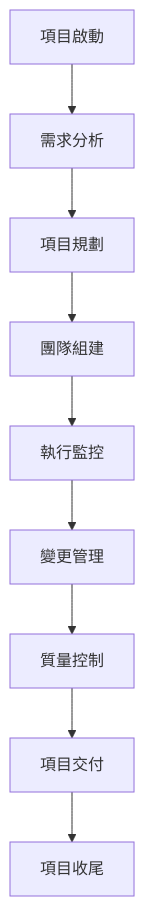
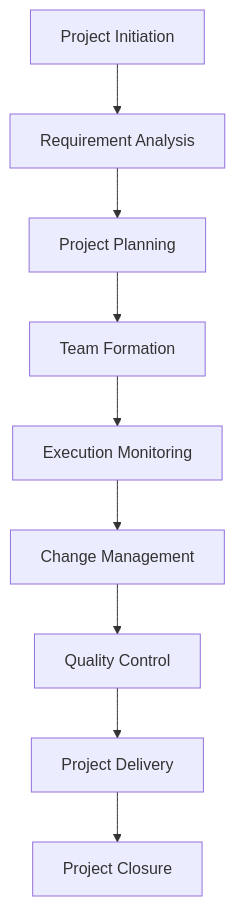
Before and after one commit to fallrising/bee_swarm: the diagram in roles/project_manager/prompt.md, drawn with Mermaid. The commit also changed other lines of this file and 13 other files, not shown here.

````diff
--- a/roles/project_manager/prompt.md
+++ b/roles/project_manager/prompt.md
@@ -48,11 +48,11 @@
 ```mermaid
 graph TD
-    A[項目啟動] --> B[需求分析]
-    B --> C[項目規劃]
-    C --> D[團隊組建]
-    D --> E[執行監控]
-    E --> F[變更管理]
-    F --> G[質量控制]
-    G --> H[項目交付]
-    H --> I[項目收尾]
+    A[Project Initiation] --> B[Requirement Analysis]
+    B --> C[Project Planning]
+    C --> D[Team Formation]
+    D --> E[Execution Monitoring]
+    E --> F[Change Management]
+    F --> G[Quality Control]
+    G --> H[Project Delivery]
+    H --> I[Project Closure]
 ```
````
